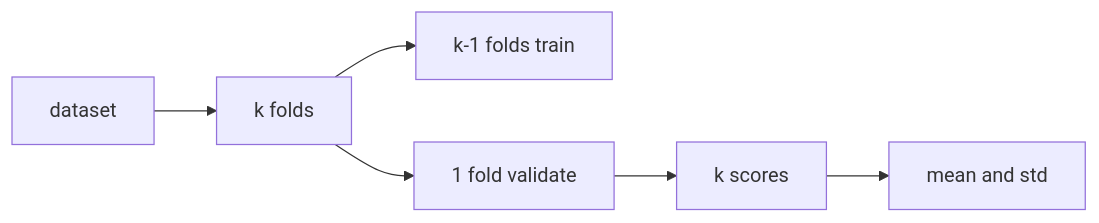
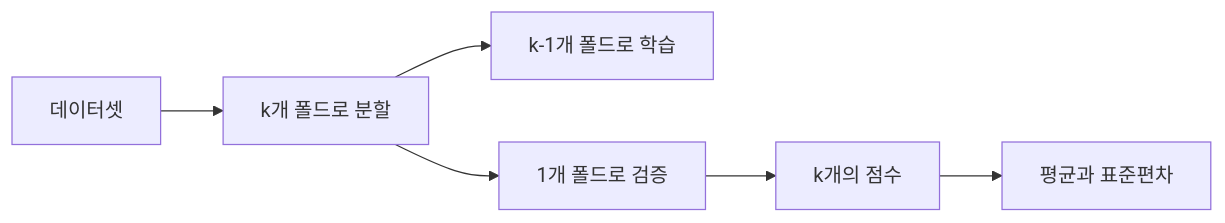
One commit to yeongseon-books/book-content changed the diagram in content/model-evaluation-101/ko/08-cross-validation.md. Above: the diagram before and after it, drawn with Mermaid. The commit also changed other lines of this file and 3 other files, not shown here.

````diff
--- a/content/model-evaluation-101/ko/08-cross-validation.md
+++ b/content/model-evaluation-101/ko/08-cross-validation.md
@@ -33,8 +55,8 @@
 ```mermaid
 flowchart LR
-    Data["dataset"] --> Split["k folds"]
-    Split --> Train["k-1 folds train"]
-    Split --> Val["1 fold validate"]
-    Val --> Score["k scores"]
-    Score --> Stat["mean and std"]
+    Data["데이터셋"] --> Split["k개 폴드로 분할"]
+    Split --> Train["k-1개 폴드로 학습"]
+    Split --> Val["1개 폴드로 검증"]
+    Val --> Score["k개의 점수"]
+    Score --> Stat["평균과 표준편차"]
 ```
````
